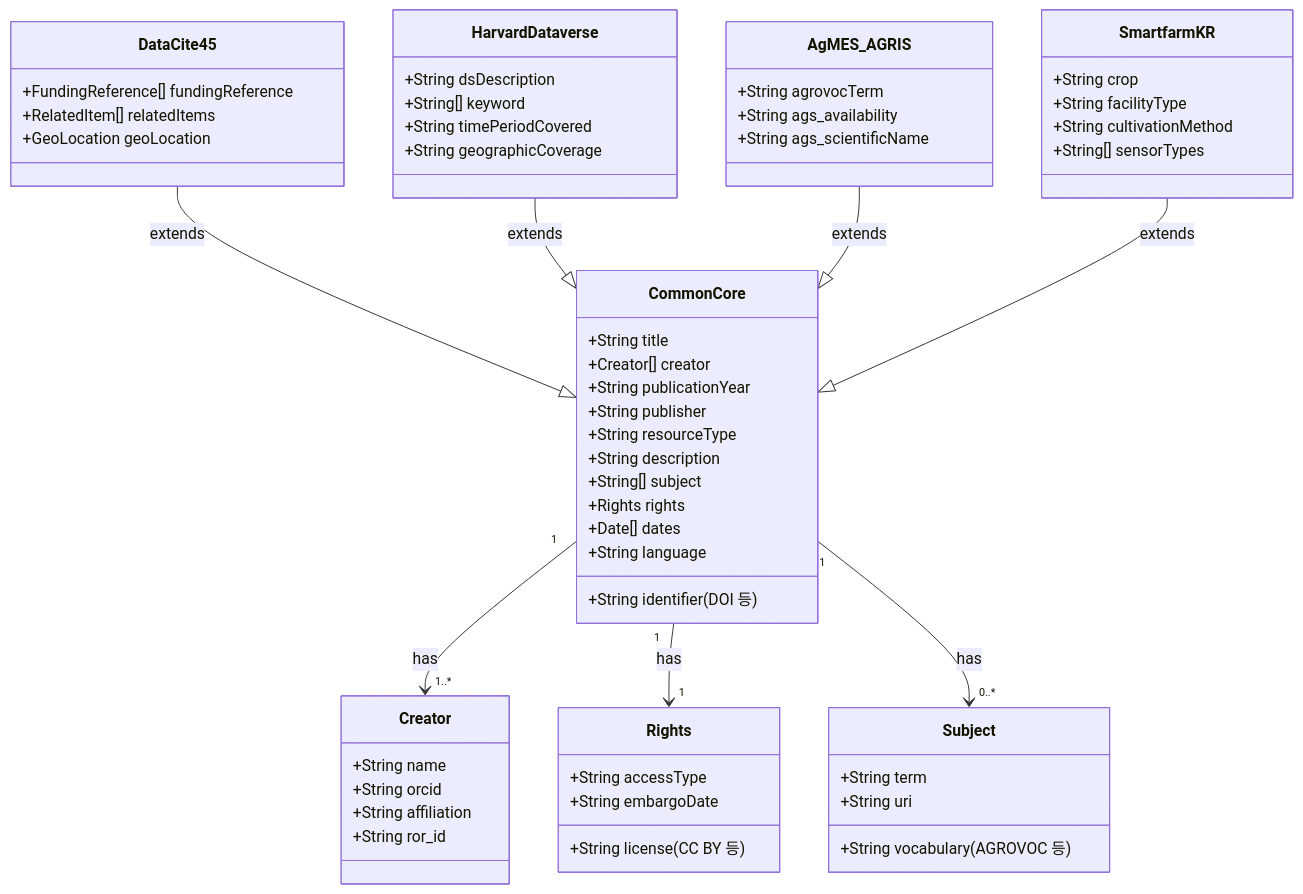
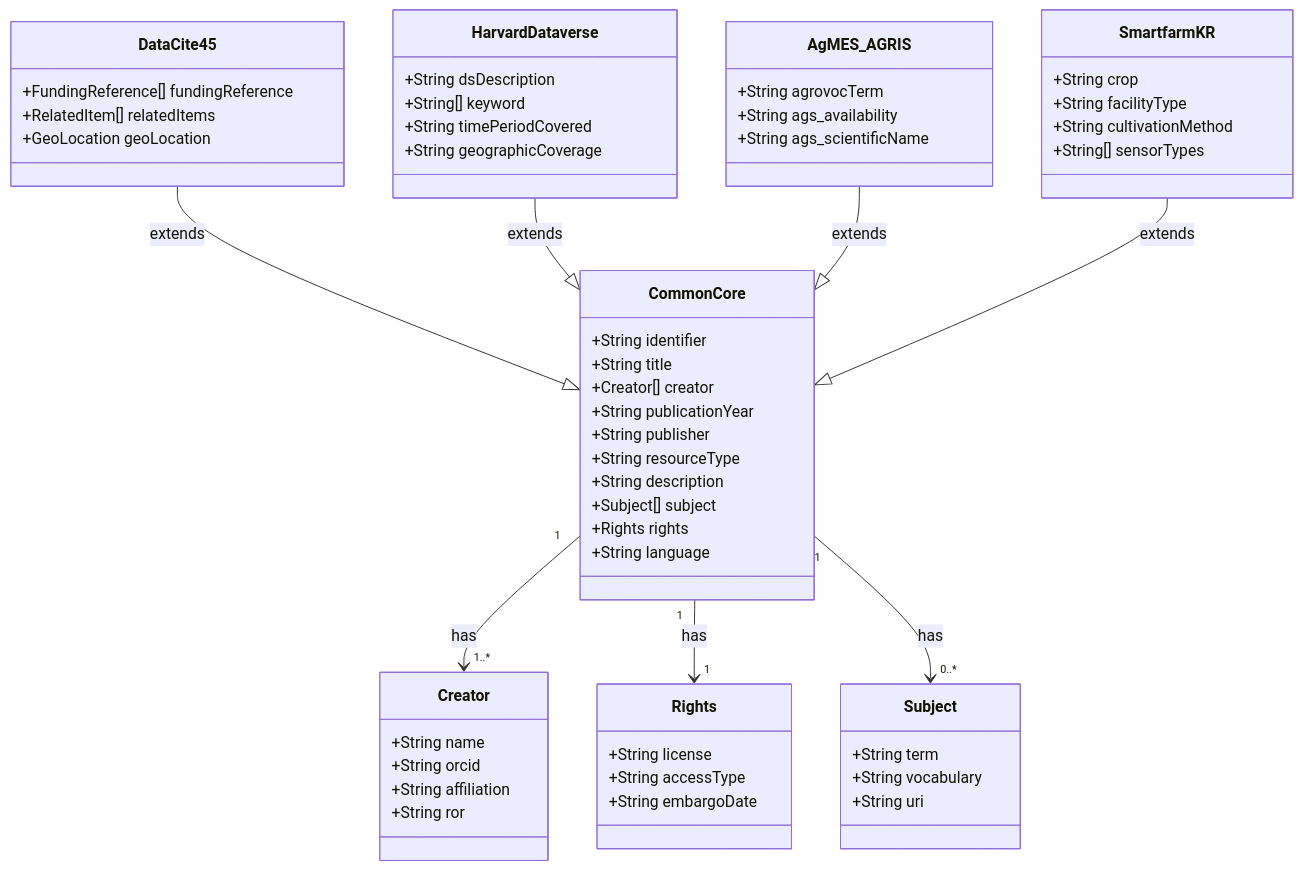
Before and after one commit to colswap/cals-dataverse-metadata: the second of 10 diagrams in research/CALS_Dataverse_Strategy_Report.md, drawn with Mermaid. The commit also changed other lines of this file, not shown here.

````diff
--- a/research/CALS_Dataverse_Strategy_Report.md
+++ b/research/CALS_Dataverse_Strategy_Report.md
@@ -170,69 +172,68 @@
 ```mermaid
 classDiagram
     class CommonCore {
-        +String identifier (DOI 등)
+        +String identifier
         +String title
         +Creator[] creator
         +String publicationYear
         +String publisher
         +String resourceType
         +String description
-        +String[] subject
+        +Subject[] subject
         +Rights rights
-        +Date[] dates
         +String language
     }
 
     class Creator {
         +String name
         +String orcid
         +String affiliation
-        +String ror_id
+        +String ror
     }
 
     class Rights {
-        +String license (CC BY 등)
+        +String license
         +String accessType
         +String embargoDate
     }
 
     class Subject {
         +String term
-        +String vocabulary (AGROVOC 등)
+        +String vocabulary
         +String uri
     }
 
     class DataCite45 {
         +FundingReference[] fundingReference
         +RelatedItem[] relatedItems
         +GeoLocation geoLocation
     }
 
     class HarvardDataverse {
         +String dsDescription
         +String[] keyword
         +String timePeriodCovered
         +String geographicCoverage
     }
 
     class AgMES_AGRIS {
         +String agrovocTerm
         +String ags_availability
         +String ags_scientificName
     }
 
     class SmartfarmKR {
         +String crop
         +String facilityType
         +String cultivationMethod
         +String[] sensorTypes
     }
 
     CommonCore "1" --> "1..*" Creator : has
     CommonCore "1" --> "1" Rights : has
     CommonCore "1" --> "0..*" Subject : has
     DataCite45 --|> CommonCore : extends
     HarvardDataverse --|> CommonCore : extends
     AgMES_AGRIS --|> CommonCore : extends
     SmartfarmKR --|> CommonCore : extends
 ```
````
